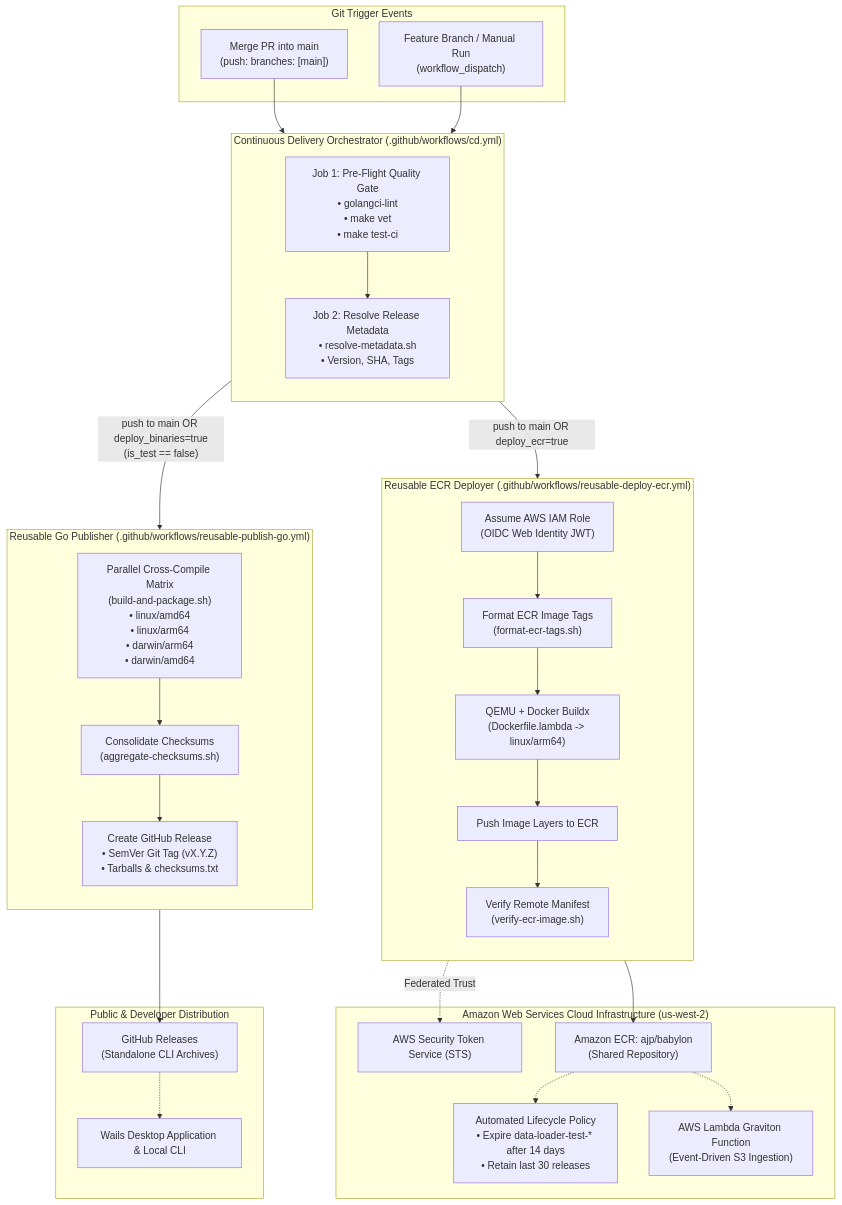
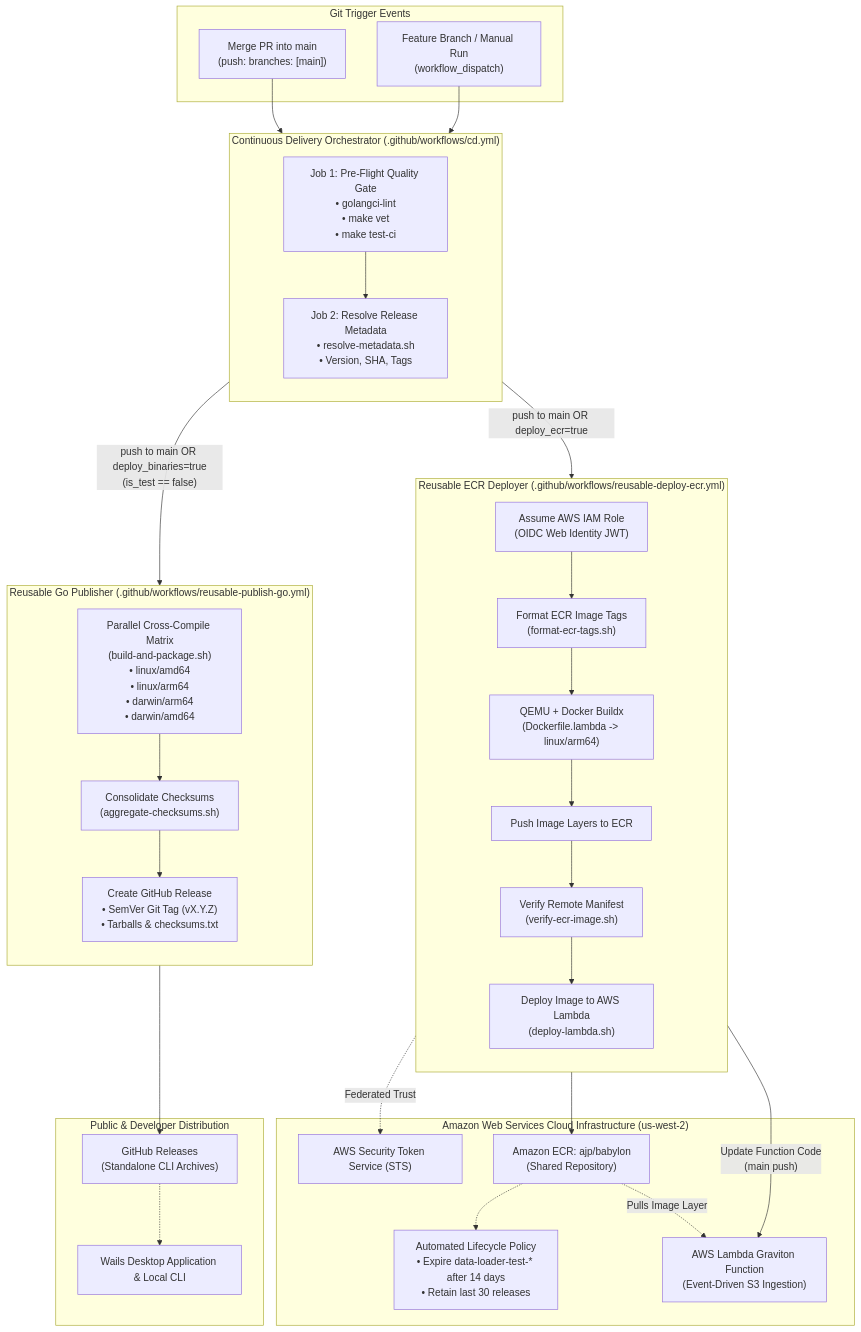
One commit to ajponte/babylon_data_loader changed the first of 3 diagrams in docs/specs/continuous-delivery-pipeline.md. Above: the diagram before and after it, drawn with Mermaid. The commit also changed other lines of this file and 5 other files, not shown here.

Commit message:
feat(cd): automate AWS Lambda continuous deployment on main merge (#25)

````diff
--- a/docs/specs/continuous-delivery-pipeline.md
+++ b/docs/specs/continuous-delivery-pipeline.md
@@ -29,61 +29,63 @@
 ```mermaid
 flowchart TD
     subgraph Git["Git Trigger Events"]
         MergeMain["Merge PR into main<br/>(push: branches: [main])"]
         Dispatch["Feature Branch / Manual Run<br/>(workflow_dispatch)"]
     end
 
     subgraph CD["Continuous Delivery Orchestrator (.github/workflows/cd.yml)"]
         direction TB
         QG["Job 1: Pre-Flight Quality Gate<br/>• golangci-lint<br/>• make vet<br/>• make test-ci"]
         Meta["Job 2: Resolve Release Metadata<br/>• resolve-metadata.sh<br/>• Version, SHA, Tags"]
         
         QG --> Meta
     end
 
     subgraph ReusableGo["Reusable Go Publisher (.github/workflows/reusable-publish-go.yml)"]
         direction TB
         Matrix["Parallel Cross-Compile Matrix<br/>(build-and-package.sh)<br/>• linux/amd64<br/>• linux/arm64<br/>• darwin/arm64<br/>• darwin/amd64"]
         Consolidate["Consolidate Checksums<br/>(aggregate-checksums.sh)"]
         Release["Create GitHub Release<br/>• SemVer Git Tag (vX.Y.Z)<br/>• Tarballs & checksums.txt"]
         
         Matrix --> Consolidate --> Release
     end
 
-    subgraph ReusableECR["Reusable ECR Deployer (.github/workflows/reusable-deploy-ecr.yml)"]
+    subgraph ReusableECR ["Reusable ECR Deployer (.github/workflows/reusable-deploy-ecr.yml)"]
         direction TB
         OIDC["Assume AWS IAM Role<br/>(OIDC Web Identity JWT)"]
         FormatTags["Format ECR Image Tags<br/>(format-ecr-tags.sh)"]
         Buildx["QEMU + Docker Buildx<br/>(Dockerfile.lambda -> linux/arm64)"]
         PushECR["Push Image Layers to ECR"]
         VerifyECR["Verify Remote Manifest<br/>(verify-ecr-image.sh)"]
+        DeployLambda["Deploy Image to AWS Lambda<br/>(deploy-lambda.sh)"]
 
-        OIDC --> FormatTags --> Buildx --> PushECR --> VerifyECR
+        OIDC --> FormatTags --> Buildx --> PushECR --> VerifyECR --> DeployLambda
     end
 
-    subgraph AWS["Amazon Web Services Cloud Infrastructure (us-west-2)"]
+    subgraph AWS ["Amazon Web Services Cloud Infrastructure (us-west-2)"]
         STS["AWS Security Token Service (STS)"]
         ECRRepo["Amazon ECR: ajp/babylon<br/>(Shared Repository)"]
         Lifecycle["Automated Lifecycle Policy<br/>• Expire data-loader-test-* after 14 days<br/>• Retain last 30 releases"]
         Lambda["AWS Lambda Graviton Function<br/>(Event-Driven S3 Ingestion)"]
     end
 
-    subgraph Artifacts["Public & Developer Distribution"]
+    subgraph Artifacts ["Public & Developer Distribution"]
         GHRelease["GitHub Releases<br/>(Standalone CLI Archives)"]
         DesktopApp["Wails Desktop Application & Local CLI"]
     end
 
     MergeMain --> QG
     Dispatch --> QG
 
     Meta -->|"push to main OR deploy_binaries=true<br/>(is_test == false)"| ReusableGo
     Meta -->|"push to main OR deploy_ecr=true"| ReusableECR
 
     OIDC -.->|Federated Trust| STS
     PushECR --> ECRRepo
     ECRRepo -.-> Lifecycle
-    ECRRepo -.-> Lambda
+    DeployLambda -->|"Update Function Code<br/>(main push)"| Lambda
+    ECRRepo -.->|Pulls Image Layer| Lambda
 
     Release --> GHRelease
     GHRelease -.-> DesktopApp
 ```
````
